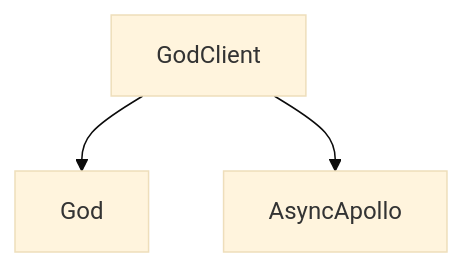
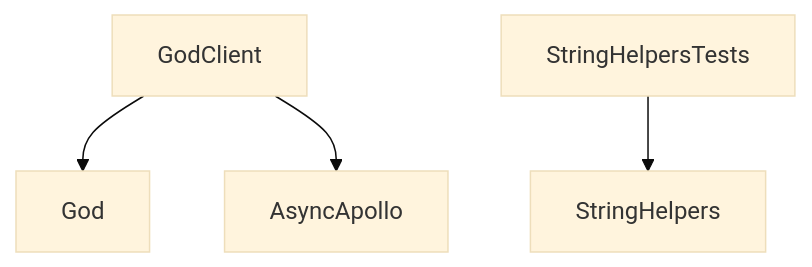
One commit to 0x1-company/god-ios changed the diagram in Packages/DependencyPackage/README.md. Above: the diagram before and after it, drawn with Mermaid (base theme).

Commit message:
chore: 🤖 dgraph

````diff
--- a/Packages/DependencyPackage/README.md
+++ b/Packages/DependencyPackage/README.md
@@ -6,5 +6,6 @@
 ```mermaid
 graph TD;
     GodClient-->God;
     GodClient-->AsyncApollo;
+    StringHelpersTests-->StringHelpers;
 ```
````
